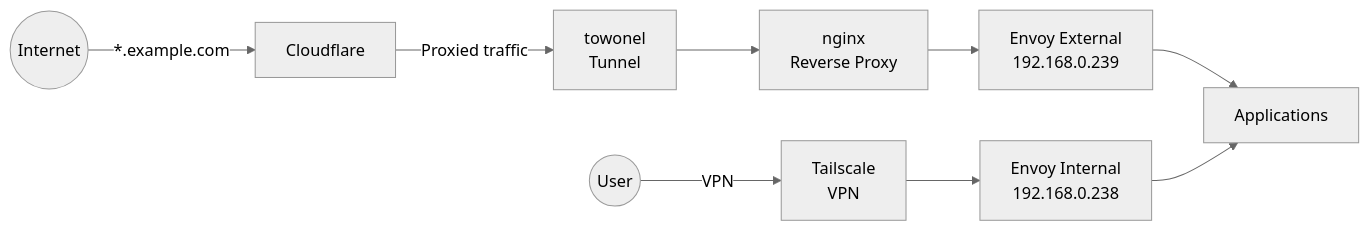
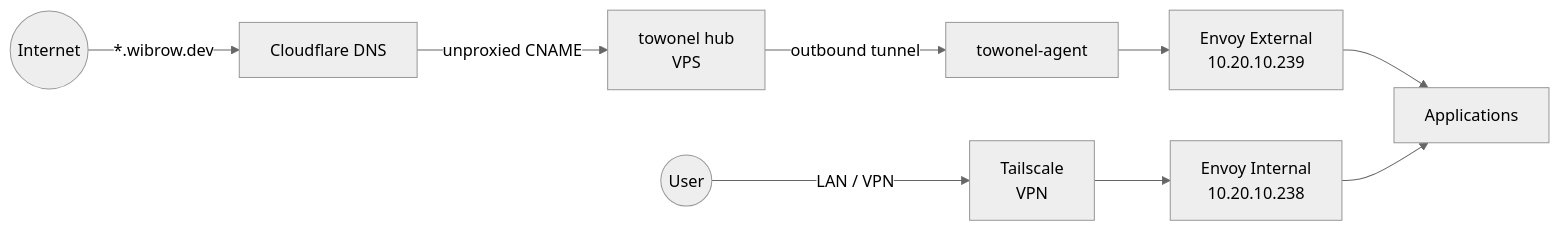
Before and after one commit to swibrow/home-ops: the diagram in docs/index.md, drawn with Mermaid (neutral theme). The commit also changed other lines of this file and 105 other files, not shown here.

````diff
--- a/docs/index.md
+++ b/docs/index.md
@@ -12,22 +14,22 @@
 ```mermaid
 flowchart LR
     Internet((Internet))
-    CF[Cloudflare]
-    Tunnel[towonel\nTunnel]
-    Nginx[nginx\nReverse Proxy]
-    EE[Envoy External\n192.168.0.239]
-    EI[Envoy Internal\n192.168.0.238]
+    CF[Cloudflare DNS]
+    Hub[towonel hub\nVPS]
+    Agent[towonel-agent]
+    EE[Envoy External\n10.20.10.239]
+    EI[Envoy Internal\n10.20.10.238]
     Apps[Applications]
     TS[Tailscale\nVPN]
     User((User))
 
-    Internet -->|"*.example.com"| CF
-    CF -->|Proxied traffic| Tunnel
-    Tunnel --> Nginx
-    Nginx --> EE
+    Internet -->|"*.wibrow.dev"| CF
+    CF -->|unproxied CNAME| Hub
+    Hub -->|outbound tunnel| Agent
+    Agent --> EE
     EE --> Apps
 
-    User -->|VPN| TS
+    User -->|LAN / VPN| TS
     TS --> EI
     EI --> Apps
 ```
````
